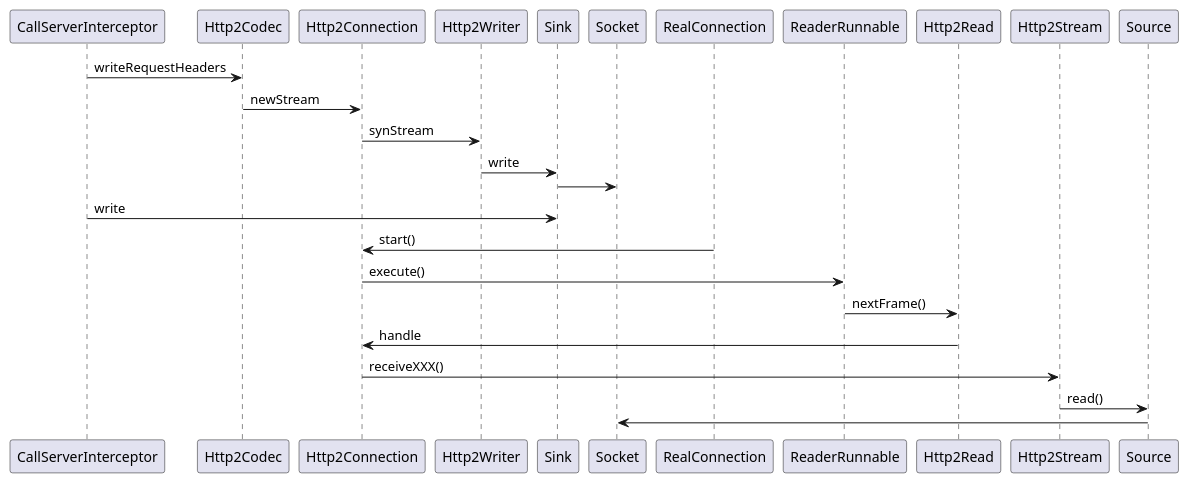
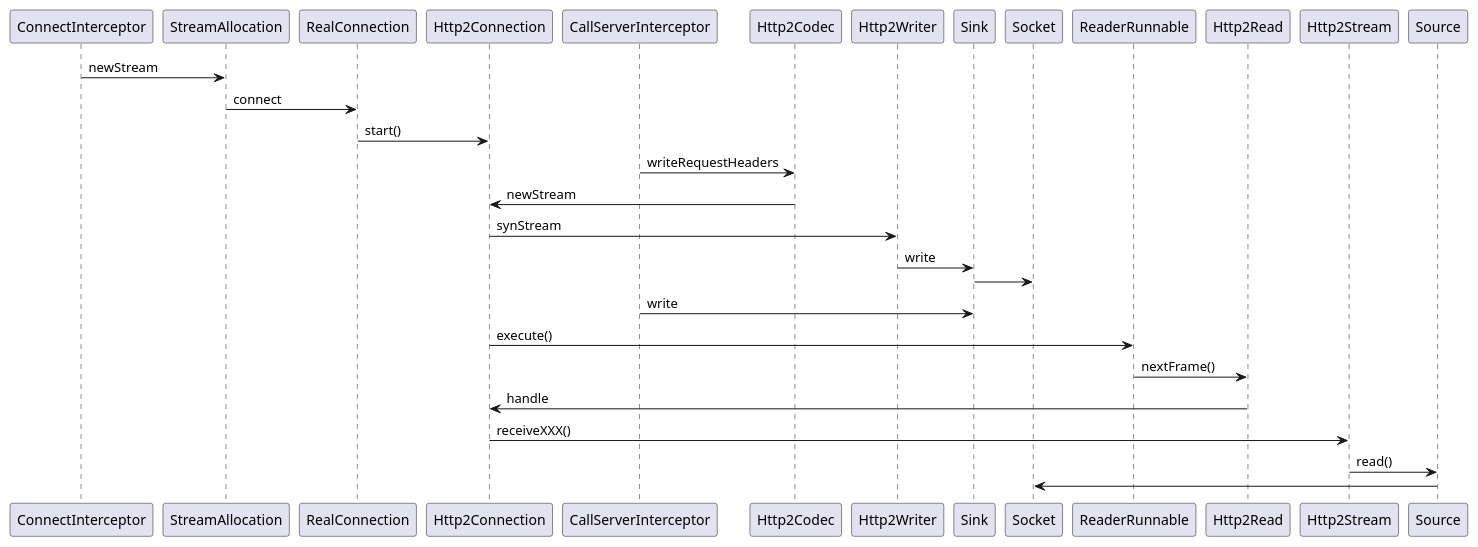
The diagram in callServerInterceptor.puml (booqin/OkHttpSample), drawn with PlantUML before and after one commit. The commit also changed 3 other files, not shown here.

```diff
--- a/callServerInterceptor.puml
+++ b/callServerInterceptor.puml
@@ -1,19 +1,21 @@
 @startuml
+
+ConnectInterceptor -> StreamAllocation:newStream
+StreamAllocation -> RealConnection:connect
+RealConnection -> Http2Connection:start()
 CallServerInterceptor -> Http2Codec:writeRequestHeaders
 Http2Codec -> Http2Connection:newStream
 Http2Connection -> Http2Writer:synStream
 Http2Writer -> Sink:write
 Sink -> Socket
 CallServerInterceptor -> Sink:write
-
-RealConnection -> Http2Connection:start()
 Http2Connection -> ReaderRunnable:execute()
 ReaderRunnable -> Http2Read:nextFrame()
 Http2Read -> Http2Connection:handle
 Http2Connection -> Http2Stream:receiveXXX()
 Http2Stream -> Source:read()
 Source -> Socket
 
 
 
 @enduml
```
